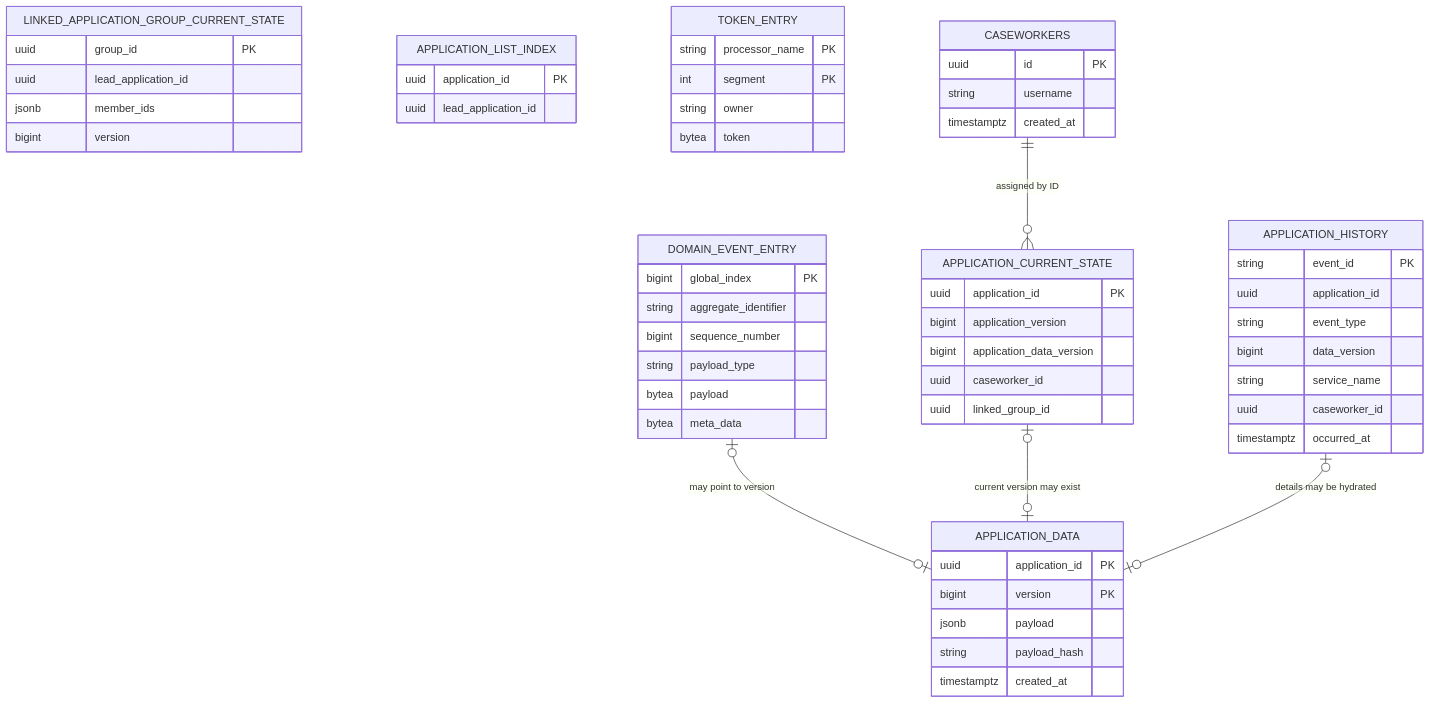
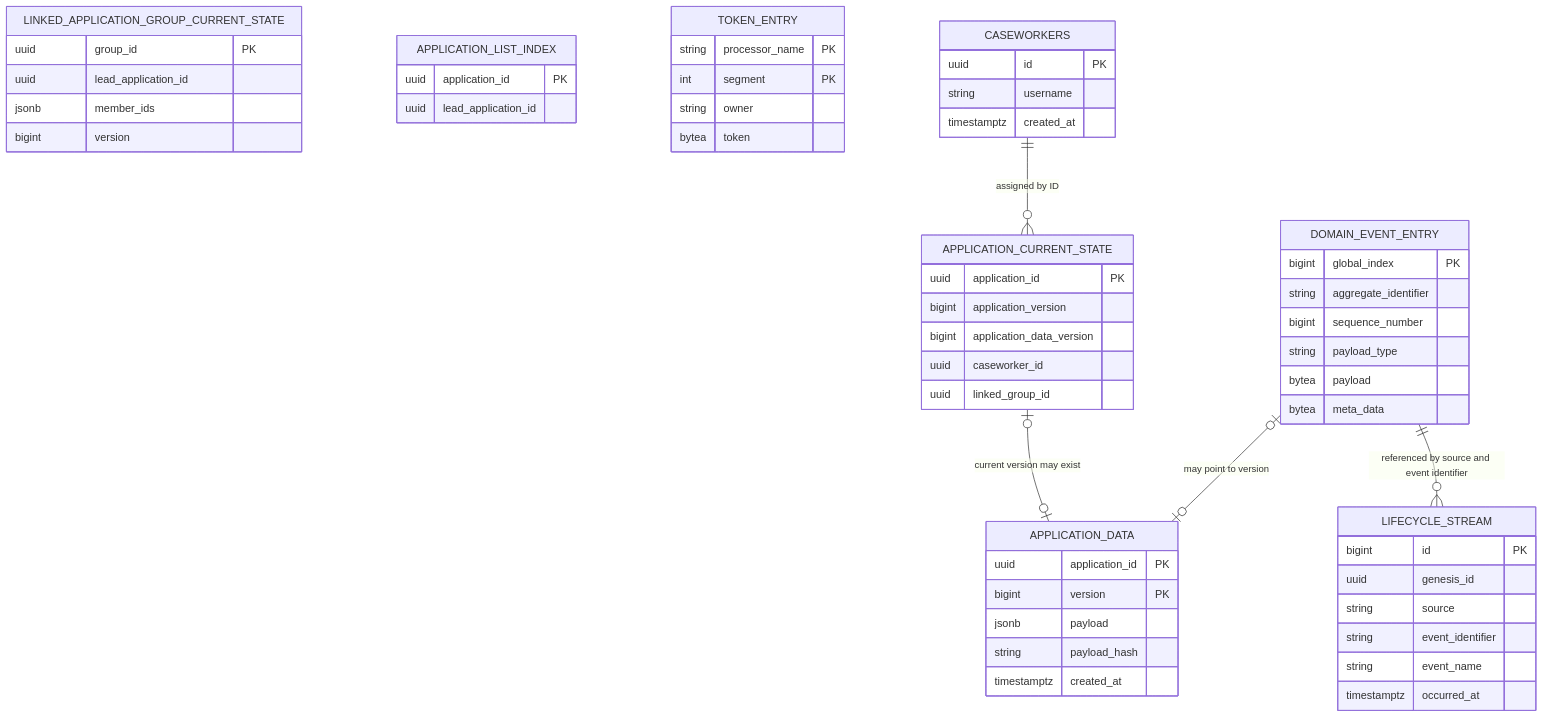
The diagram in data-access-service-axon/docs/storage-model.md (ministryofjustice/laa-data-access-api), drawn with Mermaid before and after one commit. The commit also changed other lines of this file and 6 other files, not shown here.

Commit message:
docs: DSTEW-2702 update docs for application history changes (#649)

````diff
--- a/data-access-service-axon/docs/storage-model.md
+++ b/data-access-service-axon/docs/storage-model.md
@@ -6,60 +6,59 @@
 ```mermaid
 erDiagram
     DOMAIN_EVENT_ENTRY {
         bigint global_index PK
         string aggregate_identifier
         bigint sequence_number
         string payload_type
         bytea payload
         bytea meta_data
     }
     APPLICATION_DATA {
         uuid application_id PK
         bigint version PK
         jsonb payload
         string payload_hash
         timestamptz created_at
     }
     APPLICATION_CURRENT_STATE {
         uuid application_id PK
         bigint application_version
         bigint application_data_version
         uuid caseworker_id
         uuid linked_group_id
     }
-    APPLICATION_HISTORY {
-        string event_id PK
-        uuid application_id
-        string event_type
-        bigint data_version
-        string service_name
-        uuid caseworker_id
+    LIFECYCLE_STREAM {
+        bigint id PK
+        uuid genesis_id
+        string source
+        string event_identifier
+        string event_name
         timestamptz occurred_at
     }
     LINKED_APPLICATION_GROUP_CURRENT_STATE {
         uuid group_id PK
         uuid lead_application_id
         jsonb member_ids
         bigint version
     }
     APPLICATION_LIST_INDEX {
         uuid application_id PK
         uuid lead_application_id
     }
     TOKEN_ENTRY {
         string processor_name PK
         int segment PK
         string owner
         bytea token
     }
     CASEWORKERS {
         uuid id PK
         string username
         timestamptz created_at
     }
 
     DOMAIN_EVENT_ENTRY o|--o| APPLICATION_DATA : "may point to version"
     APPLICATION_CURRENT_STATE o|--o| APPLICATION_DATA : "current version may exist"
-    APPLICATION_HISTORY o|--o| APPLICATION_DATA : "details may be hydrated"
+    DOMAIN_EVENT_ENTRY ||--o{ LIFECYCLE_STREAM : "referenced by source and event identifier"
     CASEWORKERS ||--o{ APPLICATION_CURRENT_STATE : "assigned by ID"
 ```
````
